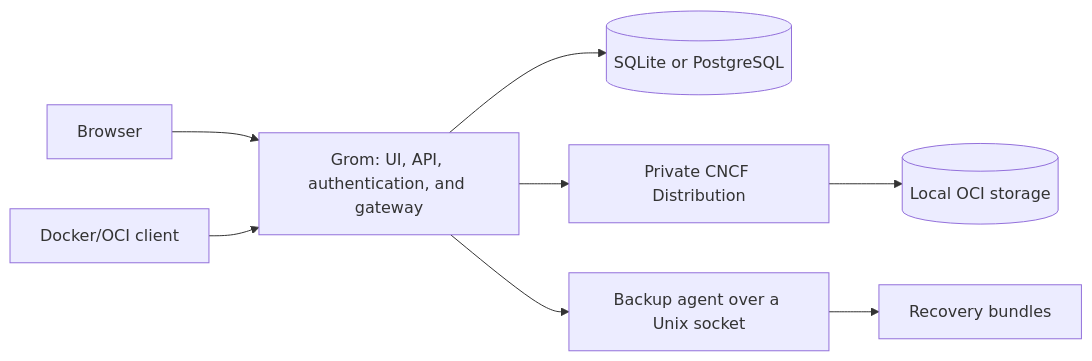
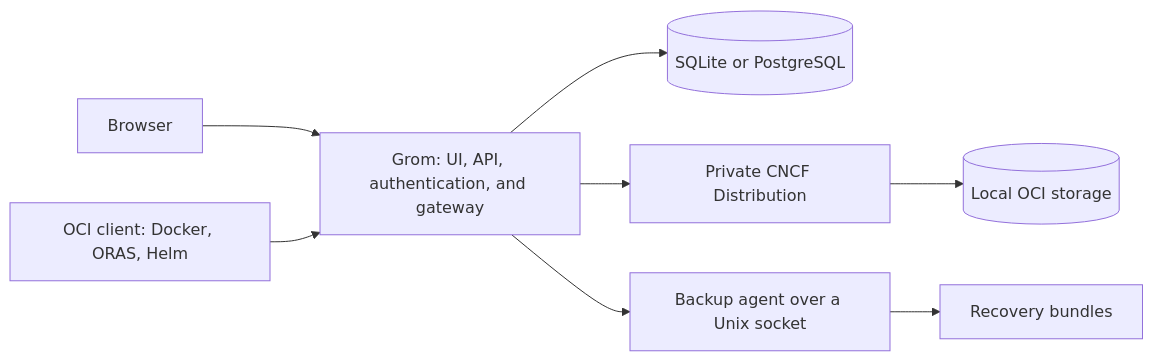
The diagram in docs/architecture.md (jfxdev/grom-registry), drawn with Mermaid before and after one commit. The commit also changed other lines of this file and 30 other files, not shown here.

```diff
--- a/docs/architecture.md
+++ b/docs/architecture.md
@@ -15,10 +15,10 @@
 ~~~mermaid
 flowchart LR
   Browser["Browser"] --> Grom["Grom: UI, API, authentication, and gateway"]
-  Client["Docker/OCI client"] --> Grom
+  Client["OCI client: Docker, ORAS, Helm"] --> Grom
   Grom --> DB[("SQLite or PostgreSQL")]
   Grom --> Distribution["Private CNCF Distribution"]
   Distribution --> Storage[("Local OCI storage")]
   Grom --> Backup["Backup agent over a Unix socket"]
   Backup --> Recovery["Recovery bundles"]
 ~~~
```
